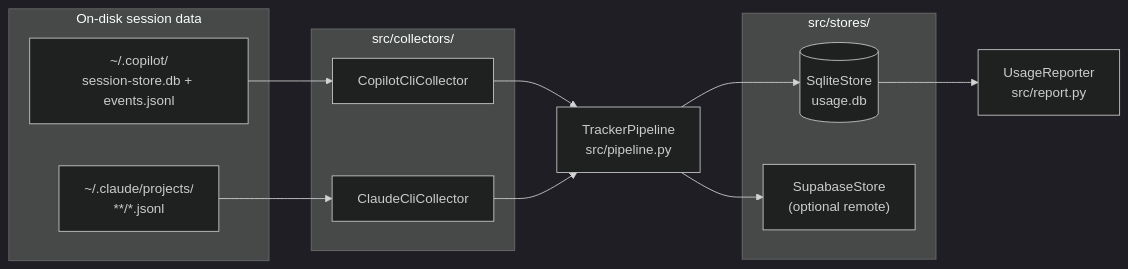
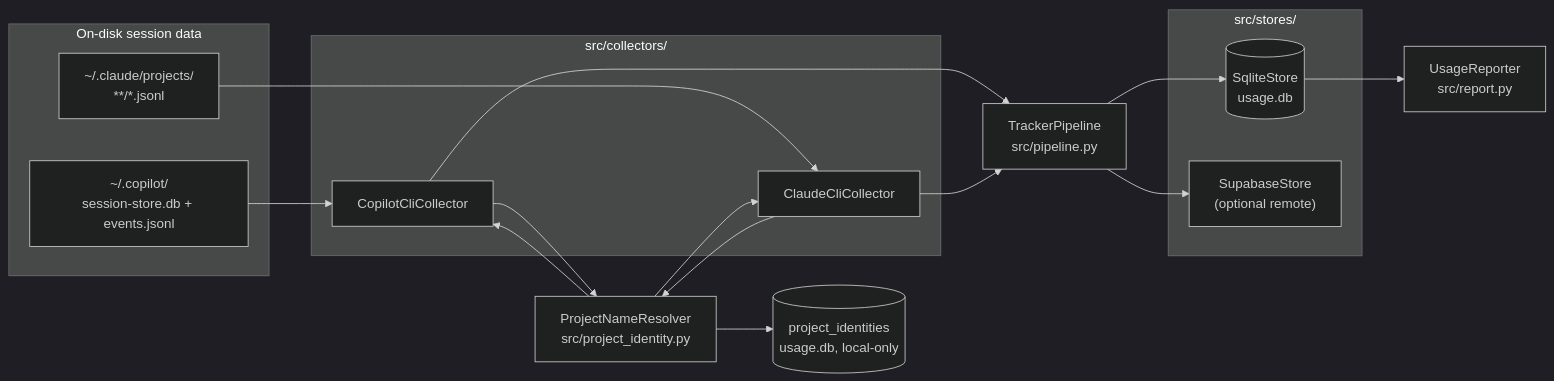
Before and after one commit to rbipin/TokenTrace: the first of 4 diagrams in docs/ARCHITECTURE.md, drawn with Mermaid (dark theme). The commit also changed other lines of this file and 33 other files, not shown here.

First line of the commit message:
feature: mask project name (#9)

````diff
--- a/docs/ARCHITECTURE.md
+++ b/docs/ARCHITECTURE.md
@@ -18,27 +18,36 @@
 ```mermaid
 flowchart LR
     subgraph Sources["On-disk session data"]
         CP["~/.copilot/<br/>session-store.db + events.jsonl"]
         CL["~/.claude/projects/<br/>**/*.jsonl"]
     end
 
     subgraph Collectors["src/collectors/"]
         C1[CopilotCliCollector]
         C2[ClaudeCliCollector]
     end
 
+    PR["ProjectNameResolver<br/>src/project_identity.py"]
+    PI[("project_identities<br/>usage.db, local-only")]
     P["TrackerPipeline<br/>src/pipeline.py"]
 
     subgraph Stores["src/stores/"]
         S1[("SqliteStore<br/>usage.db")]
         S2["SupabaseStore<br/>(optional remote)"]
     end
 
     R["UsageReporter<br/>src/report.py"]
 
-    CP --> C1 --> P
-    CL --> C2 --> P
+    CP --> C1
+    CL --> C2
+    C1 --> PR
+    C2 --> PR
+    PR --> PI
+    PR --> C1
+    PR --> C2
+    C1 --> P
+    C2 --> P
     P --> S1
     P --> S2
     S1 --> R
 ```
````
